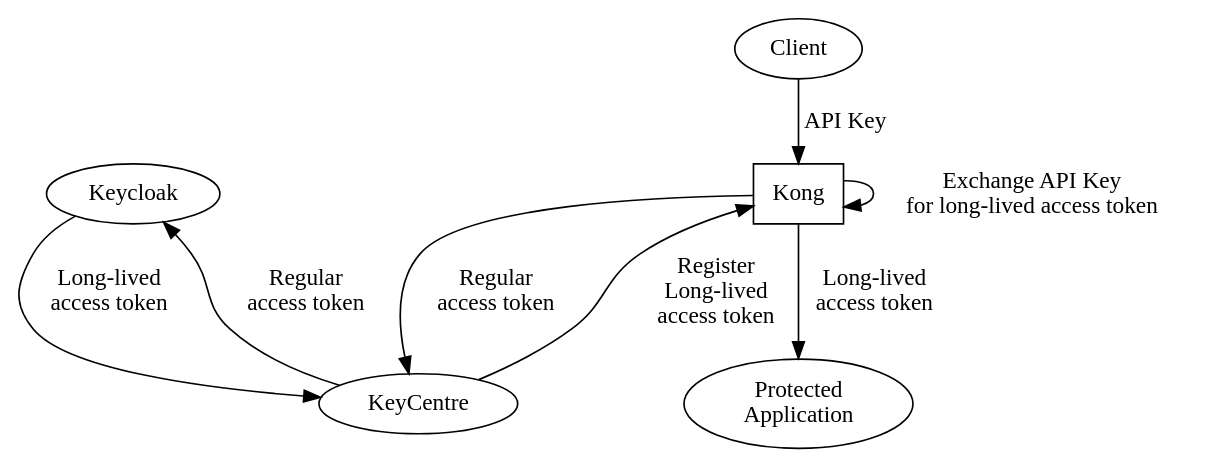
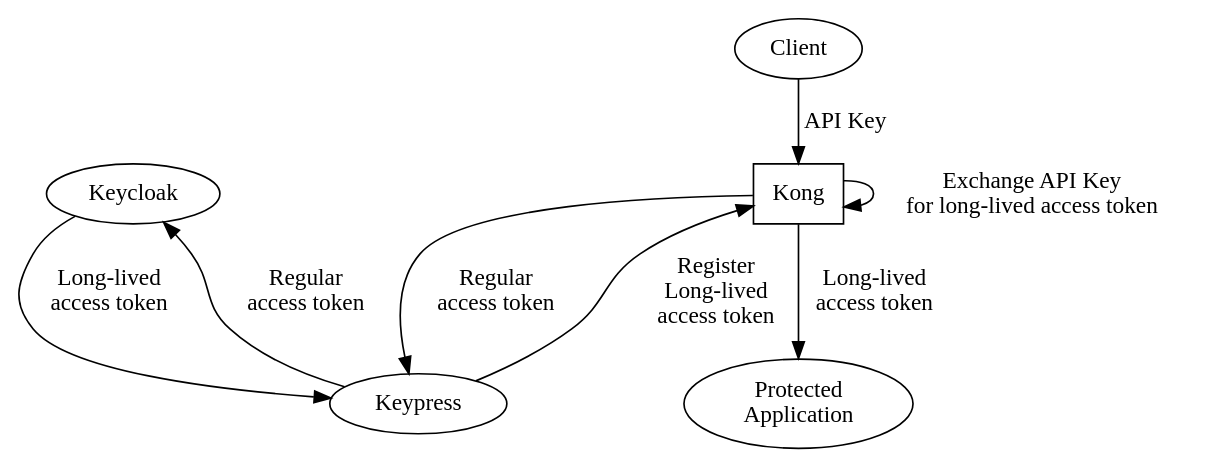
The diagram in design.dot (ackerleytng/keypress), drawn with Graphviz before and after one commit. The commit also changed 3 other files, not shown here.

Commit message:
Rename KeyCentre to Keypress

```diff
--- a/design.dot
+++ b/design.dot
@@ -1,23 +1,23 @@
 digraph g {
     protected_application [label="Protected\nApplication"]
-    keycentre [label="KeyCentre"]
+    keypress [label="Keypress"]
     keycloak [label="Keycloak"]
     kong [label="Kong",shape=rectangle]
     client [label="Client"]
 
     client -> kong [label="API Key"]
     kong -> kong [label="Exchange API Key\nfor long-lived access token"]
     kong -> protected_application [label="Long-lived\naccess token",weight=10]
 
-    kong -> keycentre [label="Regular\naccess token",weight=5]
-    keycentre -> keycloak [label="Regular\naccess token"]
-    keycloak -> keycentre [label="Long-lived\naccess token"]
+    kong -> keypress [label="Regular\naccess token",weight=5]
+    keypress -> keycloak [label="Regular\naccess token"]
+    keycloak -> keypress [label="Long-lived\naccess token"]
 
-    keycentre -> kong [label="Register\nLong-lived\naccess token"]
+    keypress -> kong [label="Register\nLong-lived\naccess token"]
 
     {
         rank=same
         keycloak
         kong
     }
 }
```
